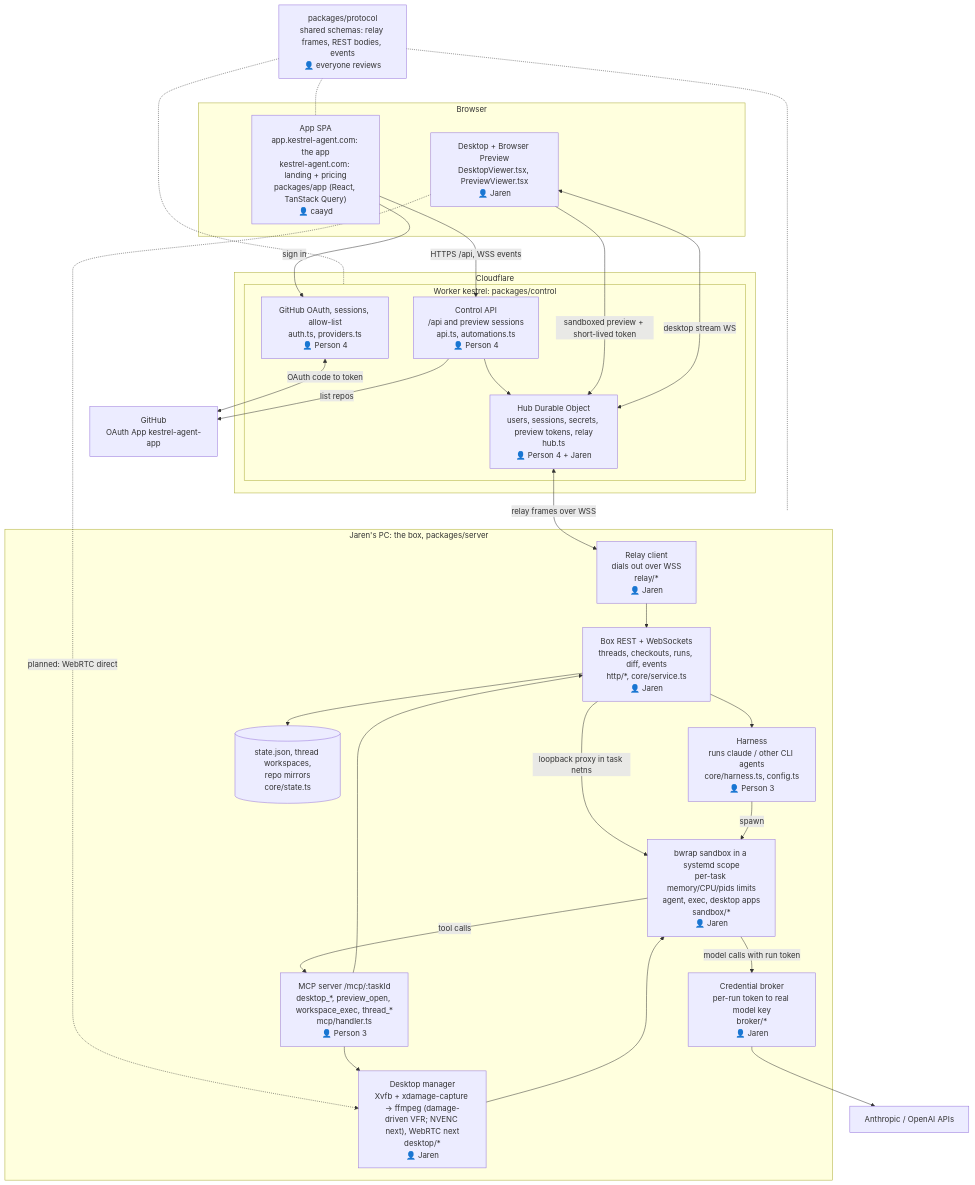
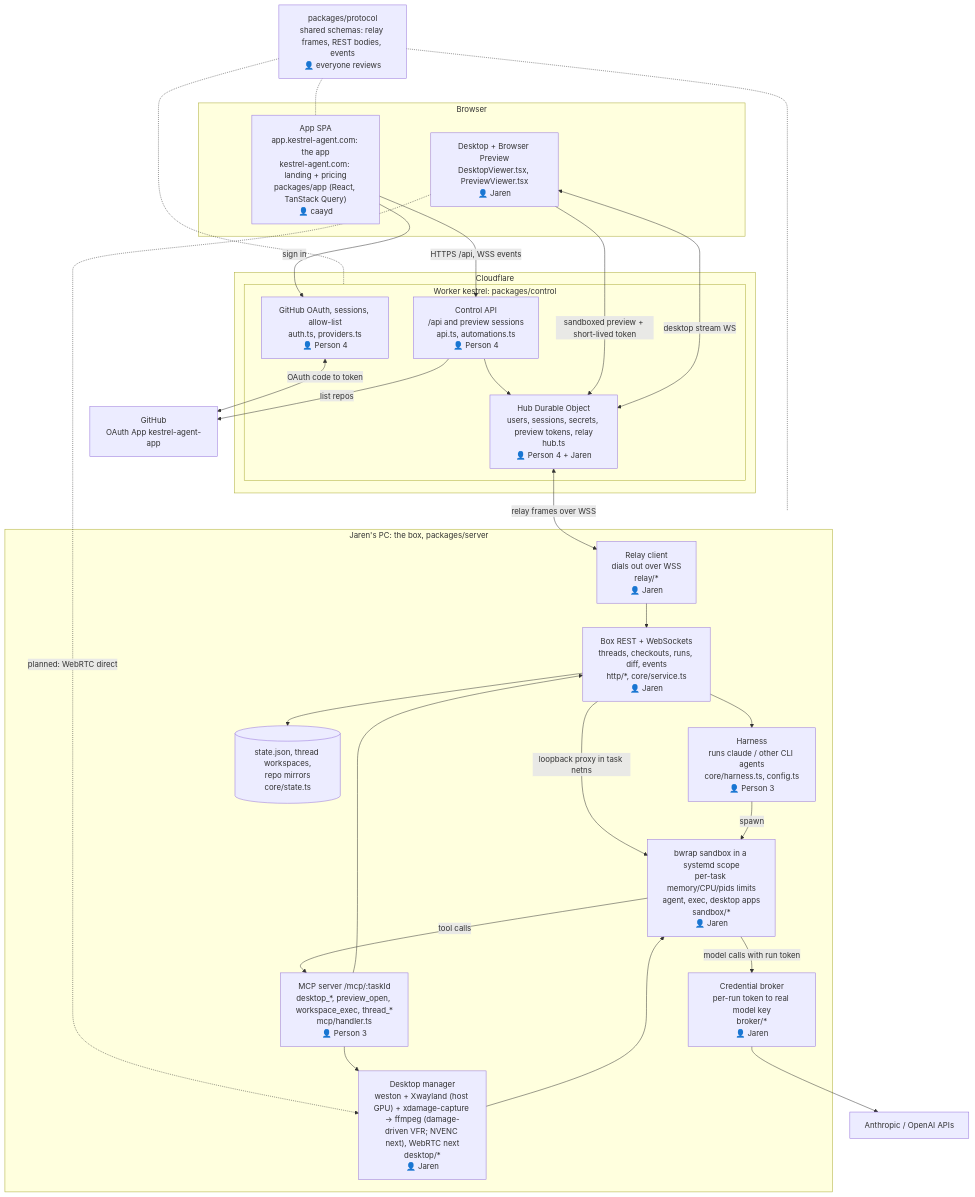
The diagram in docs/architecture.md (jarenm1/kestrel), drawn with Mermaid before and after one commit. The commit also changed other lines of this file and 5 other files, not shown here.

Commit message:
Replace Xvfb desktops with GPU-backed Weston and Xwayland (#90)

````diff
--- a/docs/architecture.md
+++ b/docs/architecture.md
@@ -3,56 +3,56 @@
 ```mermaid
 flowchart TB
   subgraph Browser["Browser"]
     APP["App SPA<br/>app.kestrel-agent.com: the app<br/>kestrel-agent.com: landing + pricing<br/>packages/app (React, TanStack Query)<br/>👤 caayd"]
     VIEW["Desktop + Browser Preview<br/>DesktopViewer.tsx, PreviewViewer.tsx<br/>👤 Jaren"]
   end
 
   subgraph CF["Cloudflare"]
     subgraph CTRL["Worker kestrel: packages/control"]
       AUTH["GitHub OAuth, sessions, allow-list<br/>auth.ts, providers.ts<br/>👤 Person 4"]
       API["Control API<br/>/api and preview sessions<br/>api.ts, automations.ts<br/>👤 Person 4"]
       HUB["Hub Durable Object<br/>users, sessions, secrets, preview tokens, relay<br/>hub.ts<br/>👤 Person 4 + Jaren"]
     end
   end
 
   GH["GitHub<br/>OAuth App kestrel-agent-app"]
 
   subgraph PC["Jaren's PC: the box, packages/server"]
     RELAY["Relay client<br/>dials out over WSS<br/>relay/*<br/>👤 Jaren"]
     REST["Box REST + WebSockets<br/>threads, checkouts, runs, diff, events<br/>http/*, core/service.ts<br/>👤 Jaren"]
     HARN["Harness<br/>runs claude / other CLI agents<br/>core/harness.ts, config.ts<br/>👤 Person 3"]
     MCP["MCP server /mcp/:taskId<br/>desktop_*, preview_open, workspace_exec, thread_*<br/>mcp/handler.ts<br/>👤 Person 3"]
     BROKER["Credential broker<br/>per-run token to real model key<br/>broker/*<br/>👤 Jaren"]
     SB["bwrap sandbox in a systemd scope<br/>per-task memory/CPU/pids limits<br/>agent, exec, desktop apps<br/>sandbox/*<br/>👤 Jaren"]
-    DESK["Desktop manager<br/>Xvfb + xdamage-capture → ffmpeg (damage-driven VFR; NVENC next), WebRTC next<br/>desktop/*<br/>👤 Jaren"]
+    DESK["Desktop manager<br/>weston + Xwayland (host GPU) + xdamage-capture → ffmpeg (damage-driven VFR; NVENC next), WebRTC next<br/>desktop/*<br/>👤 Jaren"]
     STATE[("state.json, thread workspaces,<br/>repo mirrors<br/>core/state.ts")]
   end
 
   LLM["Anthropic / OpenAI APIs"]
 
   APP -->|HTTPS /api, WSS events| API
   APP -->|sign in| AUTH
   AUTH <-->|OAuth code to token| GH
   API -->|list repos| GH
   API --> HUB
   HUB <-->|relay frames over WSS| RELAY
   VIEW -->|sandboxed preview + short-lived token| HUB
   VIEW <-->|desktop stream WS| HUB
   VIEW -.->|planned: WebRTC direct| DESK
   RELAY --> REST
   REST -->|loopback proxy in task netns| SB
   REST --> HARN
   REST --> STATE
   HARN -->|spawn| SB
   SB -->|tool calls| MCP
   SB -->|model calls with run token| BROKER
   BROKER --> LLM
   MCP --> DESK
   MCP --> REST
   DESK --> SB
 
   PROTO["packages/protocol<br/>shared schemas: relay frames, REST bodies, events<br/>👤 everyone reviews"]
   PROTO -.- APP
   PROTO -.- CTRL
   PROTO -.- PC
 ```
````
